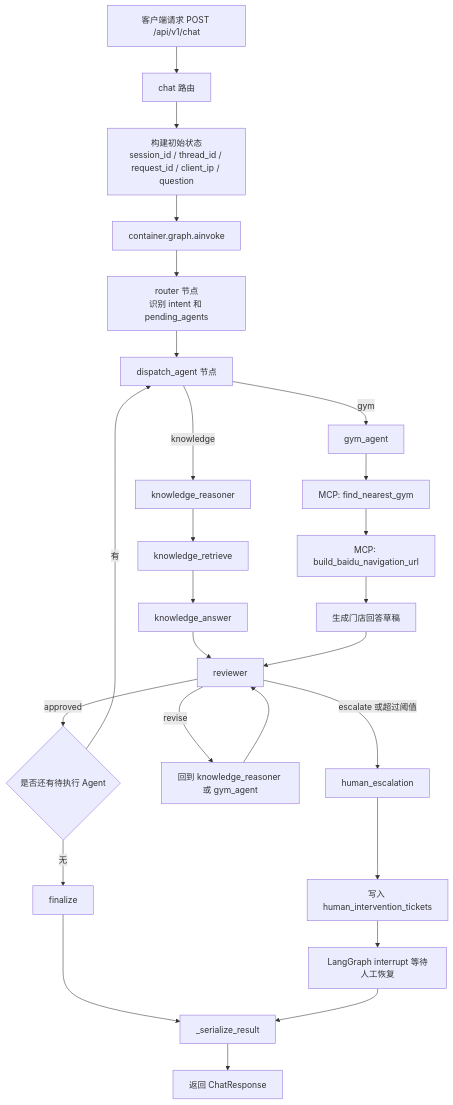
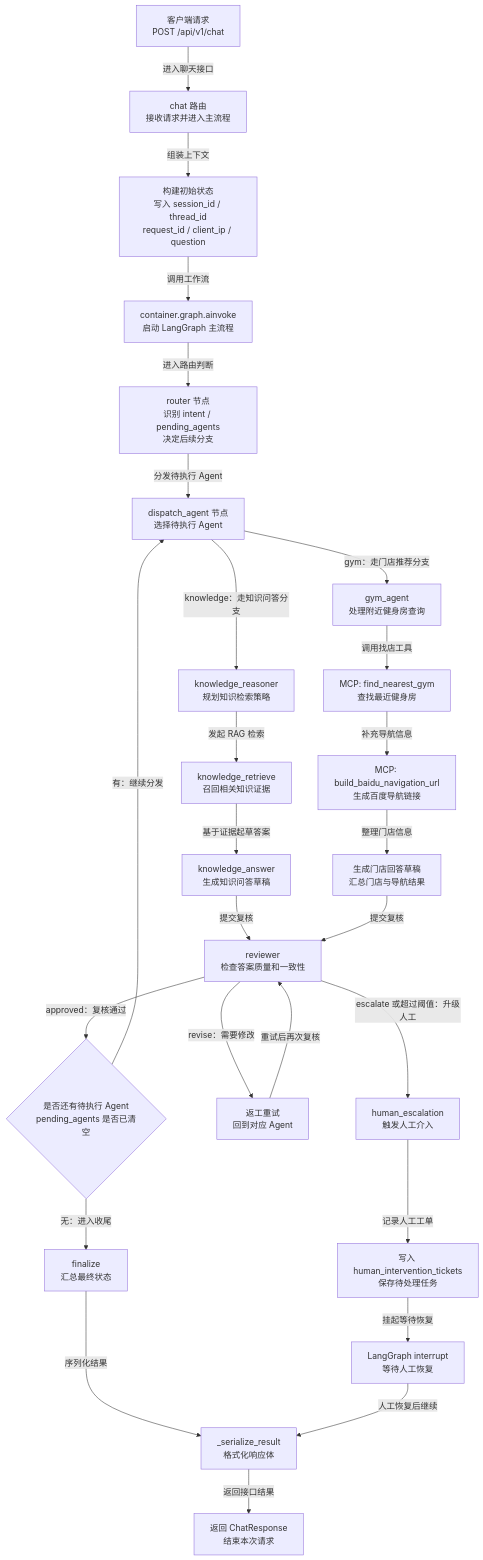
One commit to ACYG7054/fitpilot changed the first of 2 diagrams in README.md. Above: the diagram before and after it, drawn with Mermaid. The commit also changed other lines of this file, not shown here.

Commit message:
fix: 修复Readme.md的流程图显示异常

````diff
--- a/README.md
+++ b/README.md
@@ -142,35 +142,36 @@
 ```mermaid
+%%{init: {'flowchart': {'nodeSpacing': 48, 'rankSpacing': 60}}}%%
 flowchart TD
-    A[客户端请求 POST /api/v1/chat] --> B[chat 路由]
-    B --> C[构建初始状态<br/>session_id / thread_id / request_id / client_ip / question]
-    C --> D[container.graph.ainvoke]
-    D --> E[router 节点<br/>识别 intent 和 pending_agents]
-    E --> F[dispatch_agent 节点]
+    A[客户端请求<br/>POST /api/v1/chat] -->|进入聊天接口| B[chat 路由<br/>接收请求并进入主流程]
+    B -->|组装上下文| C[构建初始状态<br/>写入 session_id / thread_id<br/>request_id / client_ip / question]
+    C -->|调用工作流| D[container.graph.ainvoke<br/>启动 LangGraph 主流程]
+    D -->|进入路由判断| E[router 节点<br/>识别 intent / pending_agents<br/>决定后续分支]
+    E -->|分发待执行 Agent| F[dispatch_agent 节点<br/>选择待执行 Agent]
 
-    F -->|knowledge| G[knowledge_reasoner]
-    G --> H[knowledge_retrieve]
-    H --> I[knowledge_answer]
+    F -->|knowledge：走知识问答分支| G[knowledge_reasoner<br/>规划知识检索策略]
+    G -->|发起 RAG 检索| H[knowledge_retrieve<br/>召回相关知识证据]
+    H -->|基于证据起草答案| I[knowledge_answer<br/>生成知识问答草稿]
 
-    F -->|gym| J[gym_agent]
-    J --> J1[MCP: find_nearest_gym]
-    J1 --> J2[MCP: build_baidu_navigation_url]
-    J2 --> J3[生成门店回答草稿]
+    F -->|gym：走门店推荐分支| J[gym_agent<br/>处理附近健身房查询]
+    J -->|调用找店工具| J1[MCP: find_nearest_gym<br/>查找最近健身房]
+    J1 -->|补充导航信息| J2[MCP: build_baidu_navigation_url<br/>生成百度导航链接]
+    J2 -->|整理门店信息| J3[生成门店回答草稿<br/>汇总门店与导航结果]
 
-    I --> K[reviewer]
-    J3 --> K
+    I -->|提交复核| K[reviewer<br/>检查答案质量和一致性]
+    J3 -->|提交复核| K
 
-    K -->|approved| L{是否还有待执行 Agent}
-    L -->|有| F
-    L -->|无| M[finalize]
+    K -->|approved：复核通过| L{是否还有待执行 Agent<br/>pending_agents 是否已清空}
+    L -->|有：继续分发| F
+    L -->|无：进入收尾| M[finalize<br/>汇总最终状态]
 
-    K -->|revise| N[回到 knowledge_reasoner 或 gym_agent]
-    N --> K
+    K -->|revise：需要修改| N[返工重试<br/>回到对应 Agent]
+    N -->|重试后再次复核| K
 
-    K -->|escalate 或超过阈值| O[human_escalation]
-    O --> P[写入 human_intervention_tickets]
-    P --> Q[LangGraph interrupt 等待人工恢复]
+    K -->|escalate 或超过阈值：升级人工| O[human_escalation<br/>触发人工介入]
+    O -->|记录人工工单| P[写入 human_intervention_tickets<br/>保存待处理任务]
+    P -->|挂起等待恢复| Q[LangGraph interrupt<br/>等待人工恢复]
 
-    M --> R[_serialize_result]
-    Q --> R
-    R --> S[返回 ChatResponse]
+    M -->|序列化结果| R[_serialize_result<br/>格式化响应体]
+    Q -->|人工恢复后继续| R
+    R -->|返回接口结果| S[返回 ChatResponse<br/>结束本次请求]
 ```
````
